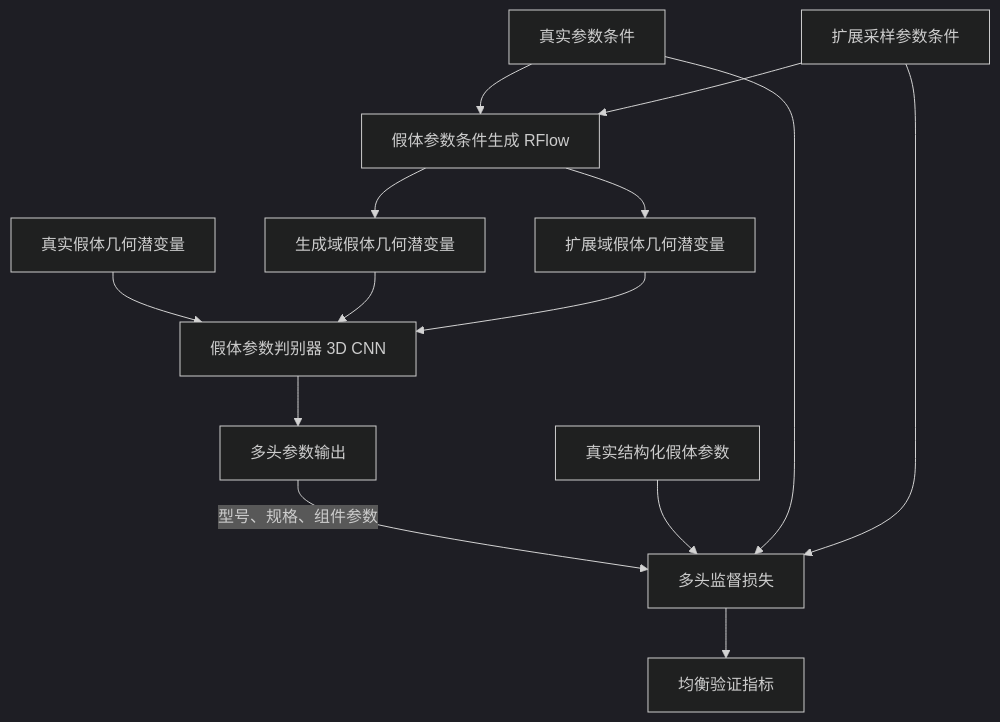
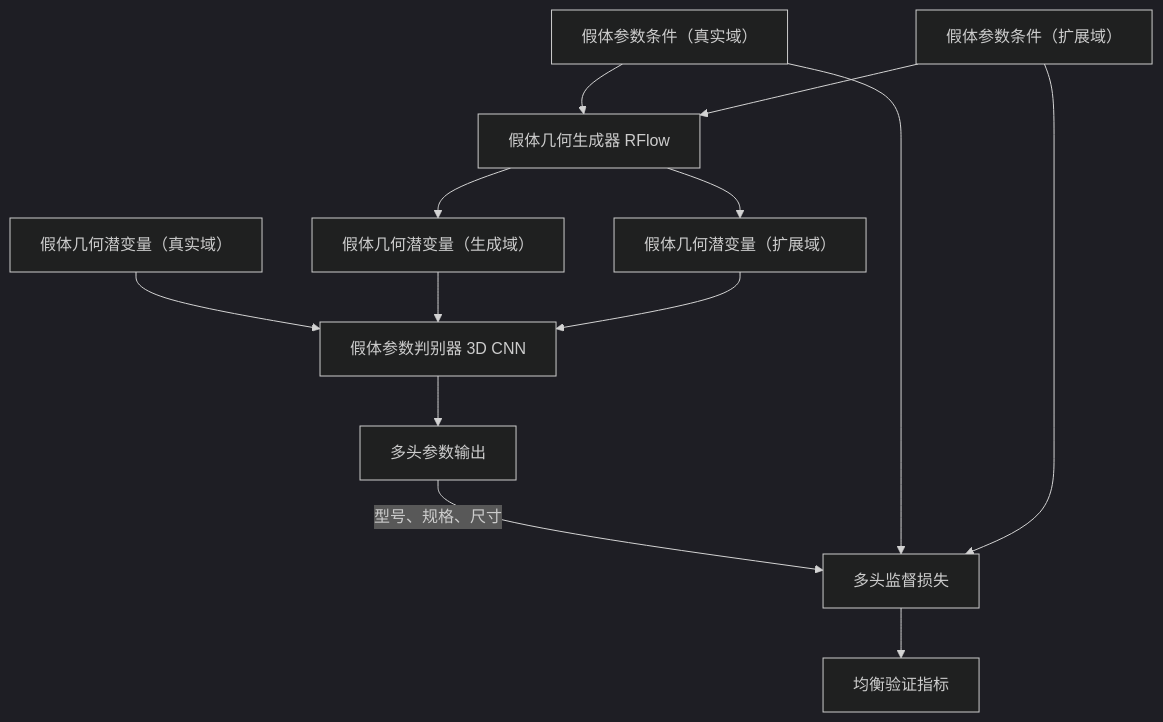
The second of 4 diagrams in README.md (doidio/nonahip), drawn with Mermaid (dark theme) before and after one commit. The commit also changed other lines of this file and 5 other files, not shown here.

````diff
--- a/README.md
+++ b/README.md
@@ -144,28 +144,26 @@
 ```mermaid
 flowchart TB
   %% Metal classifier
-  real_latent["真实假体几何潜变量"]
-  real_param["真实结构化假体参数"]
-  gen_param["真实参数条件"]
-  ext_param["扩展采样参数条件"]
+  real_latent["假体几何潜变量（真实域）"]
+  gen_param["假体参数条件（真实域）"]
+  ext_param["假体参数条件（扩展域）"]
 
-  rflow_gen["假体参数条件生成 RFlow"]
-  gen_latent["生成域假体几何潜变量"]
-  ext_latent["扩展域假体几何潜变量"]
+  rflow_gen["假体几何生成器 RFlow"]
+  gen_latent["假体几何潜变量（生成域）"]
+  ext_latent["假体几何潜变量（扩展域）"]
 
   metal_cls["假体参数判别器 3D CNN"]
   outputs["多头参数输出"]
   loss_cls["多头监督损失"]
   score_cls["均衡验证指标"]
 
   real_latent --> metal_cls
   gen_param --> rflow_gen --> gen_latent --> metal_cls
   ext_param --> rflow_gen --> ext_latent --> metal_cls
 
   metal_cls --> outputs
-  outputs -->|型号、规格、组件参数| loss_cls
-  real_param --> loss_cls
+  outputs -->|型号、规格、尺寸| loss_cls
   gen_param --> loss_cls
   ext_param --> loss_cls
   loss_cls --> score_cls
 ```
````
